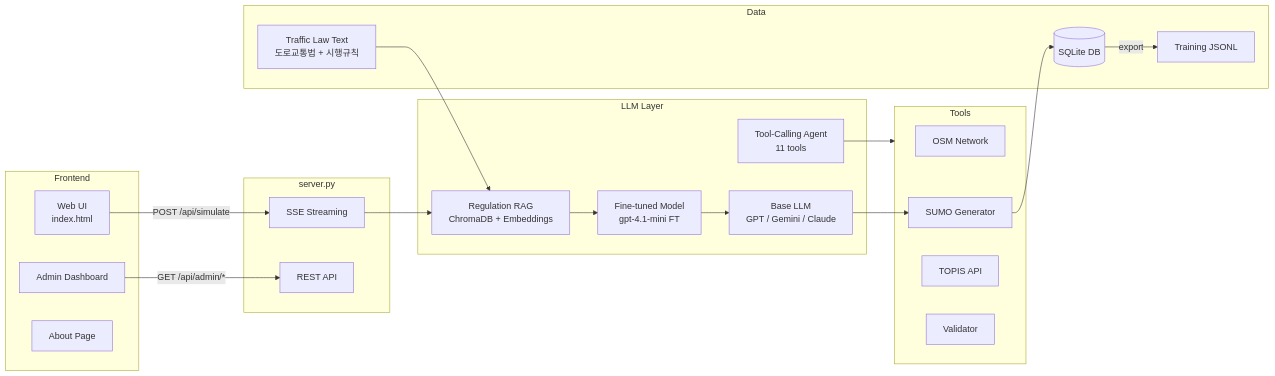
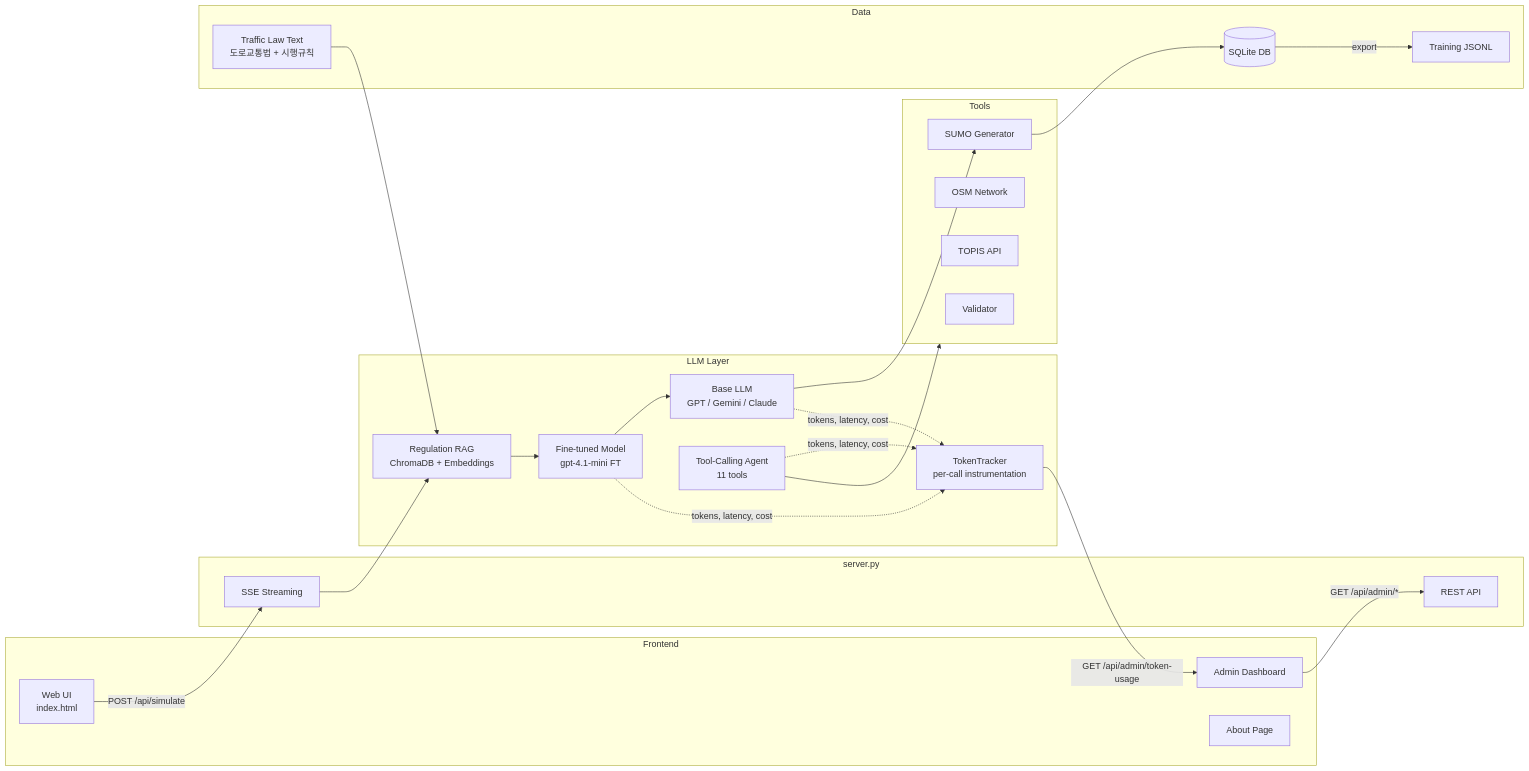
Before and after one commit to sewon-p/sumo-traffic-agent: the first of 8 diagrams in README.md, drawn with Mermaid. The commit also changed other lines of this file and 5 other files, not shown here.

First line of the commit message:
Add TokenTracker to architecture diagrams and skill bubbles

````diff
--- a/README.md
+++ b/README.md
@@ -95,41 +96,46 @@
 ```mermaid
 flowchart LR
     subgraph Frontend
         UI["Web UI\nindex.html"]
         Admin["Admin Dashboard"]
         About["About Page"]
     end
 
     subgraph Backend["server.py"]
         SSE["SSE Streaming"]
         API["REST API"]
     end
 
     subgraph LLM["LLM Layer"]
         FT["Fine-tuned Model\ngpt-4.1-mini FT"]
         RAG["Regulation RAG\nChromaDB + Embeddings"]
         Base["Base LLM\nGPT / Gemini / Claude"]
         Agent["Tool-Calling Agent\n11 tools"]
+        Tracker["TokenTracker\nper-call instrumentation"]
     end
 
     subgraph Tools
         OSM["OSM Network"]
         SUMO["SUMO Generator"]
         TOPIS["TOPIS API"]
         Valid["Validator"]
     end
 
     subgraph Data
         DB[("SQLite DB")]
         JSONL["Training JSONL"]
         Laws["Traffic Law Text\n도로교통법 + 시행규칙"]
     end
 
     UI -->|"POST /api/simulate"| SSE
     Admin -->|"GET /api/admin/*"| API
     Laws --> RAG
     SSE --> RAG --> FT --> Base --> SUMO
     Agent --> Tools
+    FT -.tokens, latency, cost.-> Tracker
+    Base -.tokens, latency, cost.-> Tracker
+    Agent -.tokens, latency, cost.-> Tracker
+    Tracker -->|"GET /api/admin/token-usage"| Admin
     SUMO --> DB
     DB -->|"export"| JSONL
 ```
````
